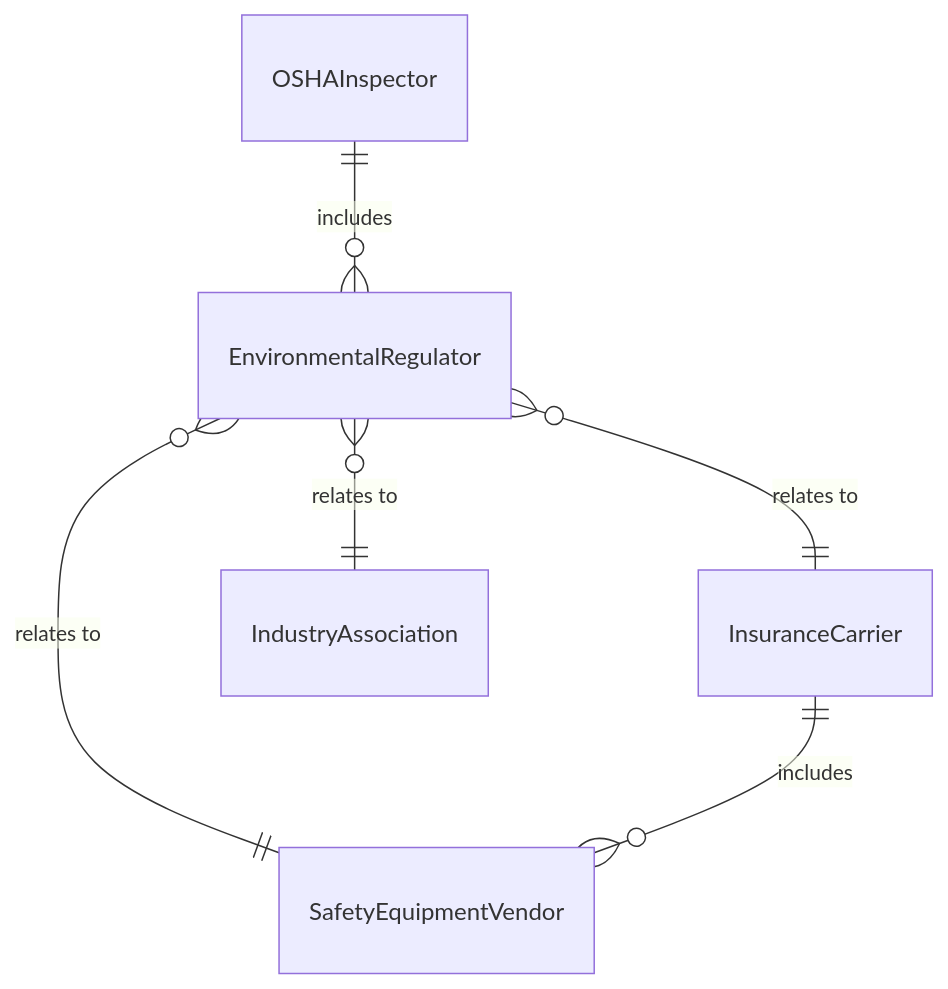
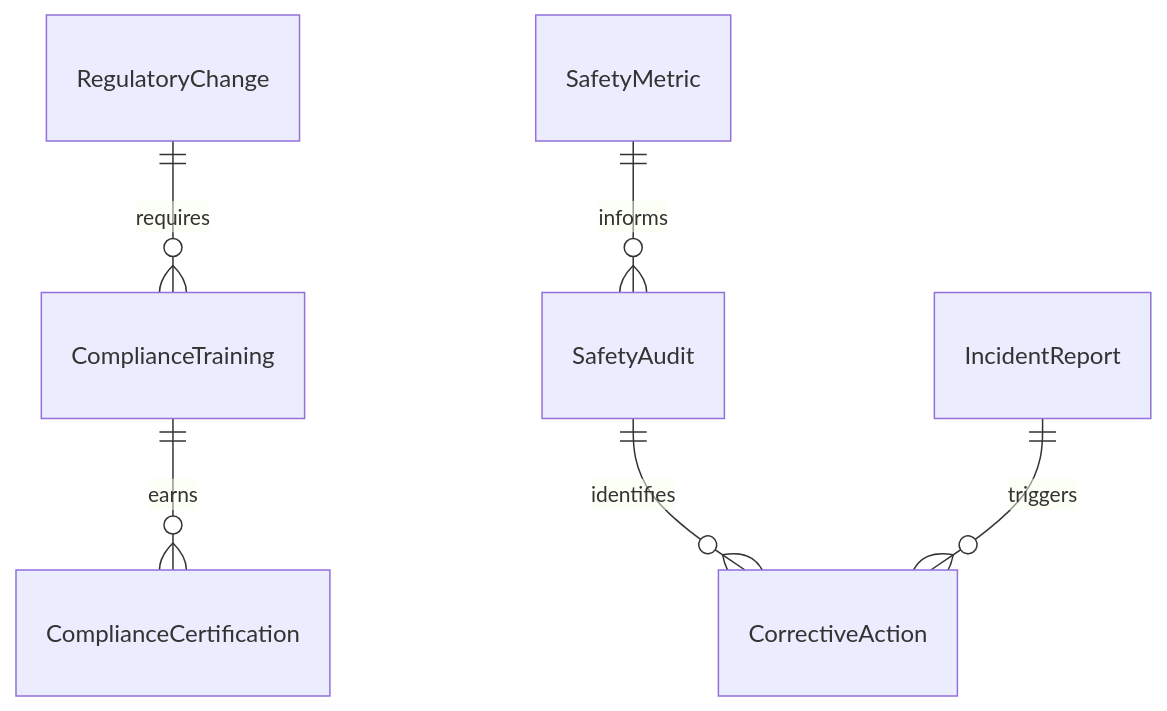
One commit to dot-org-ai/tasks.org.ai changed the first of 4 diagrams in GuidingDirectingAndMotivatingSubordinates/CoordinateRegulatoryComplianceActivities/CoordinateSafetyRegulatoryComplianceActivities.mdx. Above: the diagram before and after it, drawn with Mermaid. The commit also changed other lines of this file and 515 other files, not shown here.

````diff
--- a/GuidingDirectingAndMotivatingSubordinates/CoordinateRegulatoryComplianceActivities/CoordinateSafetyRegulatoryComplianceActivities.mdx
+++ b/GuidingDirectingAndMotivatingSubordinates/CoordinateRegulatoryComplianceActivities/CoordinateSafetyRegulatoryComplianceActivities.mdx
@@ -91,8 +91,8 @@
 ```mermaid
 erDiagram
-    OSHAInspector ||--o{ EnvironmentalRegulator : includes
-    EnvironmentalRegulator }o--|| InsuranceCarrier : "relates to"
-    EnvironmentalRegulator }o--|| SafetyEquipmentVendor : "relates to"
-    EnvironmentalRegulator }o--|| IndustryAssociation : "relates to"
-    InsuranceCarrier ||--o{ SafetyEquipmentVendor : includes
+    SafetyAudit ||--o{ CorrectiveAction : identifies
+    ComplianceTraining ||--o{ ComplianceCertification : earns
+    IncidentReport ||--o{ CorrectiveAction : triggers
+    RegulatoryChange ||--o{ ComplianceTraining : requires
+    SafetyMetric ||--o{ SafetyAudit : informs
 ```
````
